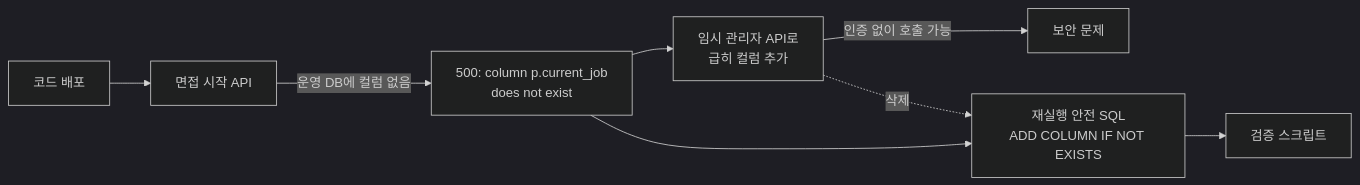
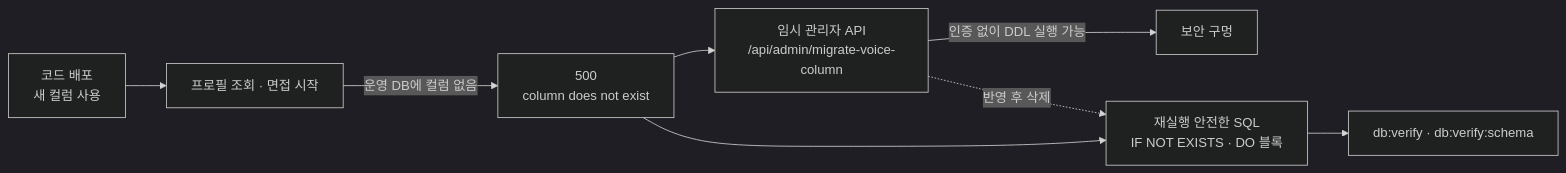
The second of 7 diagrams in README.md (SunWoo1213/Mock_interview), drawn with Mermaid (dark theme) before and after one commit. The commit also changed other lines of this file, not shown here.

````diff
--- a/README.md
+++ b/README.md
@@ -112,10 +113,10 @@
 ```mermaid
 flowchart LR
-  D[코드 배포] --> A["면접 시작 API"]
-  A -->|운영 DB에 컬럼 없음| E["500: column p.current_job<br/>does not exist"]
-  E --> T[임시 관리자 API로<br/>급히 컬럼 추가]
-  T -->|인증 없이 호출 가능| R[보안 문제]
-  E --> M["재실행 안전 SQL<br/>ADD COLUMN IF NOT EXISTS"]
-  M --> V[검증 스크립트]
-  T -.삭제.-> M
+  D["코드 배포<br/>새 컬럼 사용"] --> Q["프로필 조회 · 면접 시작"]
+  Q -->|"운영 DB에 컬럼 없음"| E["500<br/>column does not exist"]
+  E --> T["임시 관리자 API<br/>/api/admin/migrate-voice-column"]
+  T -->|"인증 없이 DDL 실행 가능"| R["보안 구멍"]
+  E --> M["재실행 안전한 SQL<br/>IF NOT EXISTS · DO 블록"]
+  M --> V["db:verify · db:verify:schema"]
+  T -.->|"반영 후 삭제"| M
 ```
````
